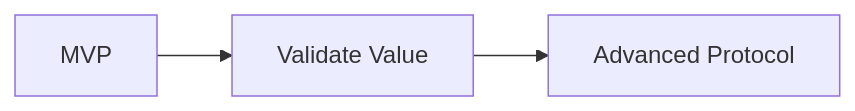
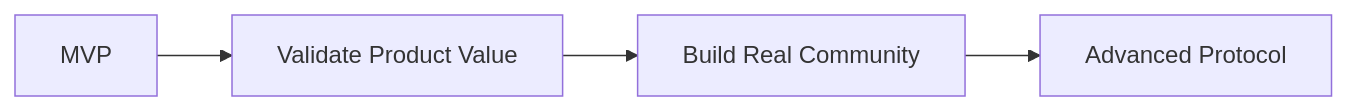
One commit to ShigeichiroYamasaki/creator-first-platform changed the tenth of 46 diagrams in docs/whitepaper/13-roadmap.md. Above: the diagram before and after it, drawn with Mermaid. The commit also changed other lines of this file, not shown here.

````diff
--- a/docs/whitepaper/13-roadmap.md
+++ b/docs/whitepaper/13-roadmap.md
@@ -306,8 +319,9 @@
 ```mermaid
 flowchart LR
     MVP[MVP]
-    VALIDATE[Validate Value]
+    VALIDATE[Validate Product Value]
+    COMMUNITY[Build Real Community]
     ADVANCED[Advanced Protocol]
 
-    MVP --> VALIDATE --> ADVANCED
+    MVP --> VALIDATE --> COMMUNITY --> ADVANCED
 ```
````
